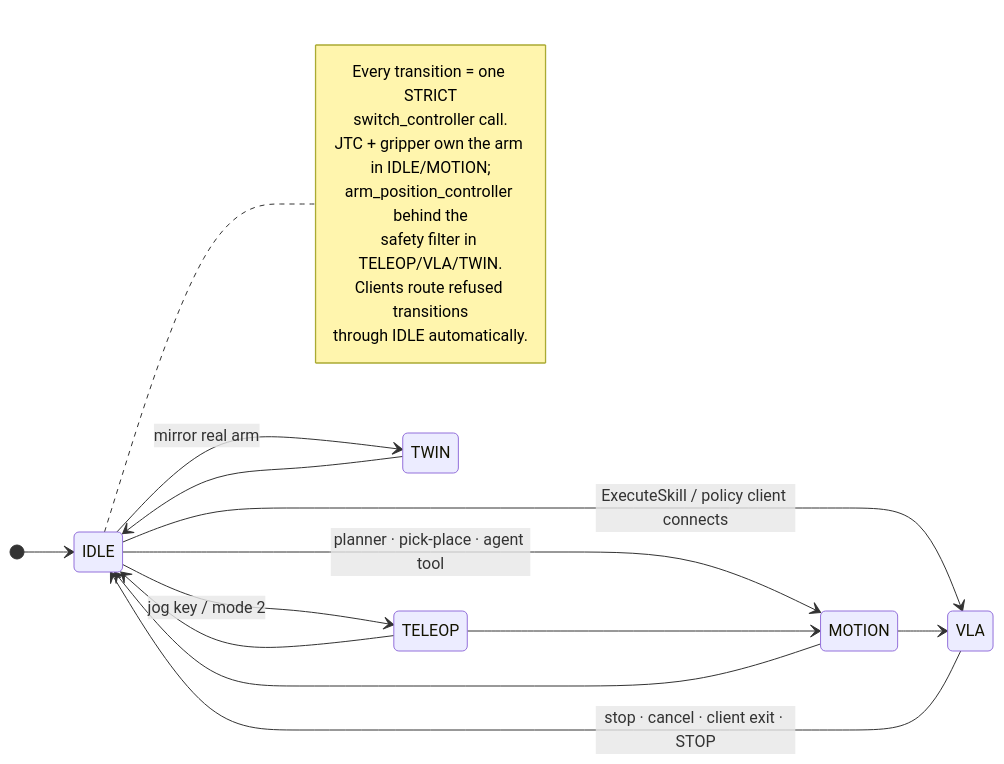
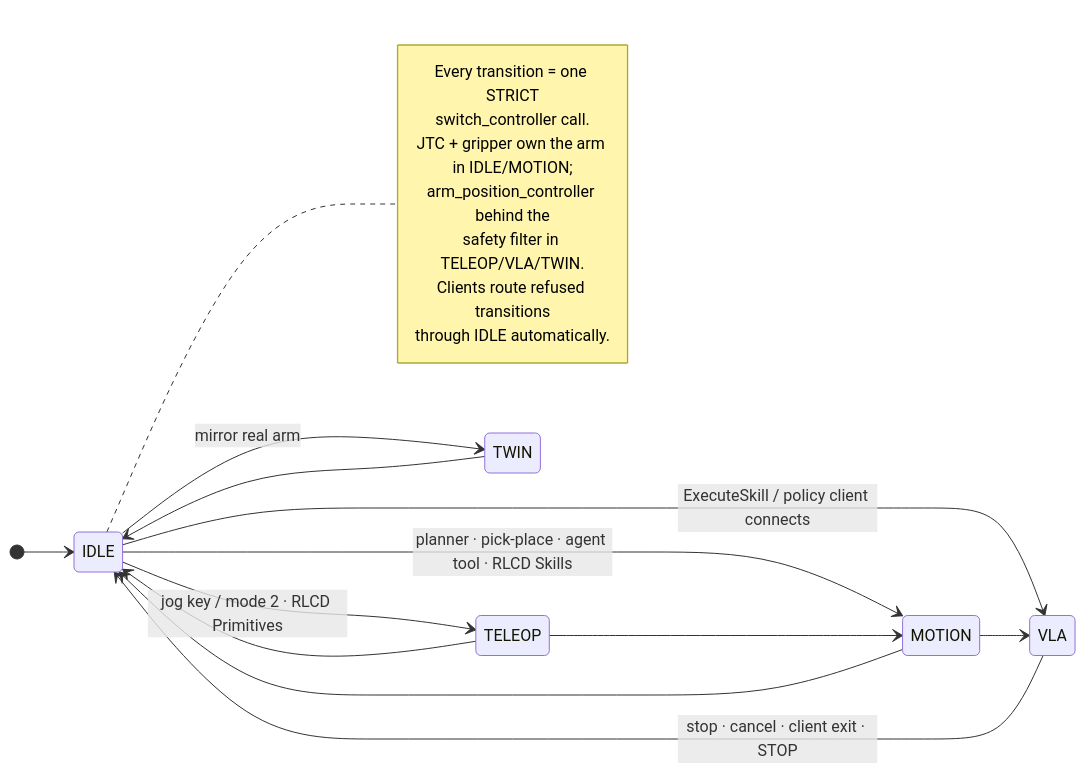
The first of 3 diagrams in README.md (VIGNESHM-ENGR/CogniBot-Ros2-Vla), drawn with Mermaid before and after one commit. The commit also changed other lines of this file and 3 other files, not shown here.

First line of the commit message:
docs(readme): redraw the architecture with the RLCD layer

````diff
--- a/README.md
+++ b/README.md
@@ -128,25 +140,25 @@
 ```mermaid
 stateDiagram-v2
   direction LR
   [*] --> IDLE
-  IDLE --> TELEOP: jog key / mode 2
-  IDLE --> MOTION: planner · pick-place · agent tool
+  IDLE --> TELEOP: jog key / mode 2 · RLCD Primitives
+  IDLE --> MOTION: planner · pick-place · agent tool · RLCD Skills
   IDLE --> VLA: ExecuteSkill / policy client connects
   IDLE --> TWIN: mirror real arm
   TELEOP --> MOTION
   MOTION --> VLA
   TELEOP --> IDLE
   MOTION --> IDLE
   VLA --> IDLE: stop · cancel · client exit · STOP
   TWIN --> IDLE
 
   note right of IDLE
     Every transition = one STRICT
     switch_controller call.
     JTC + gripper own the arm in IDLE/MOTION;
     arm_position_controller behind the
     safety filter in TELEOP/VLA/TWIN.
     Clients route refused transitions
     through IDLE automatically.
   end note
 ```
````
